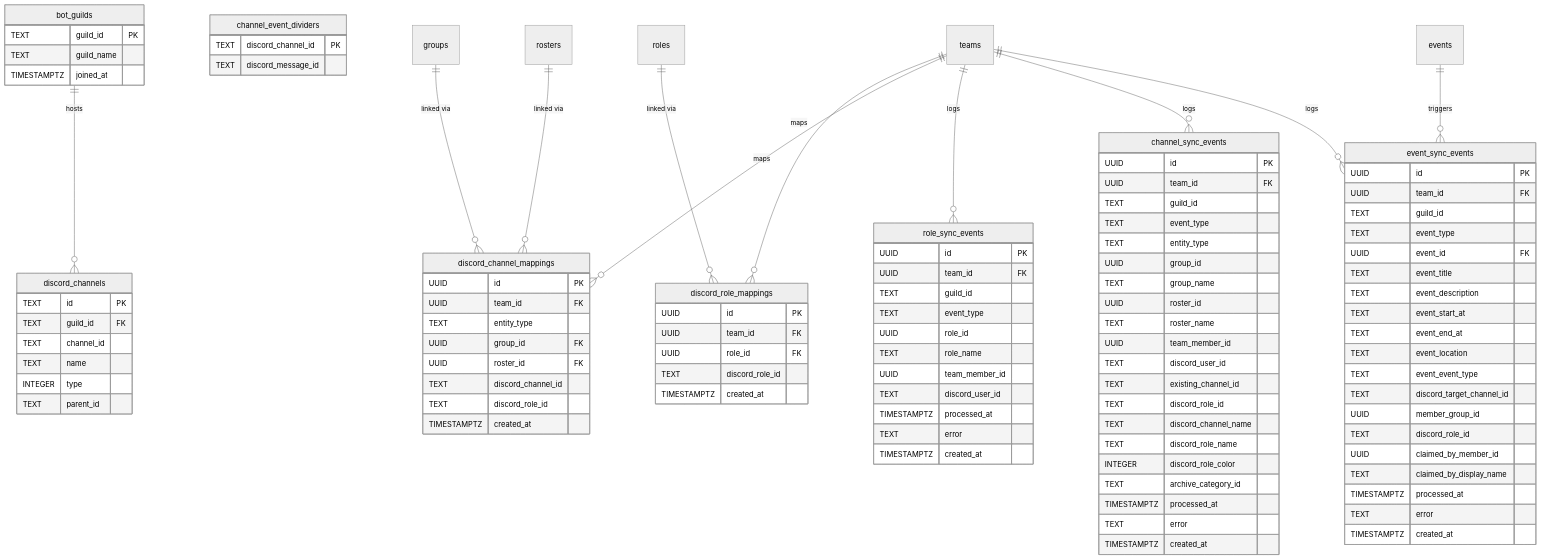
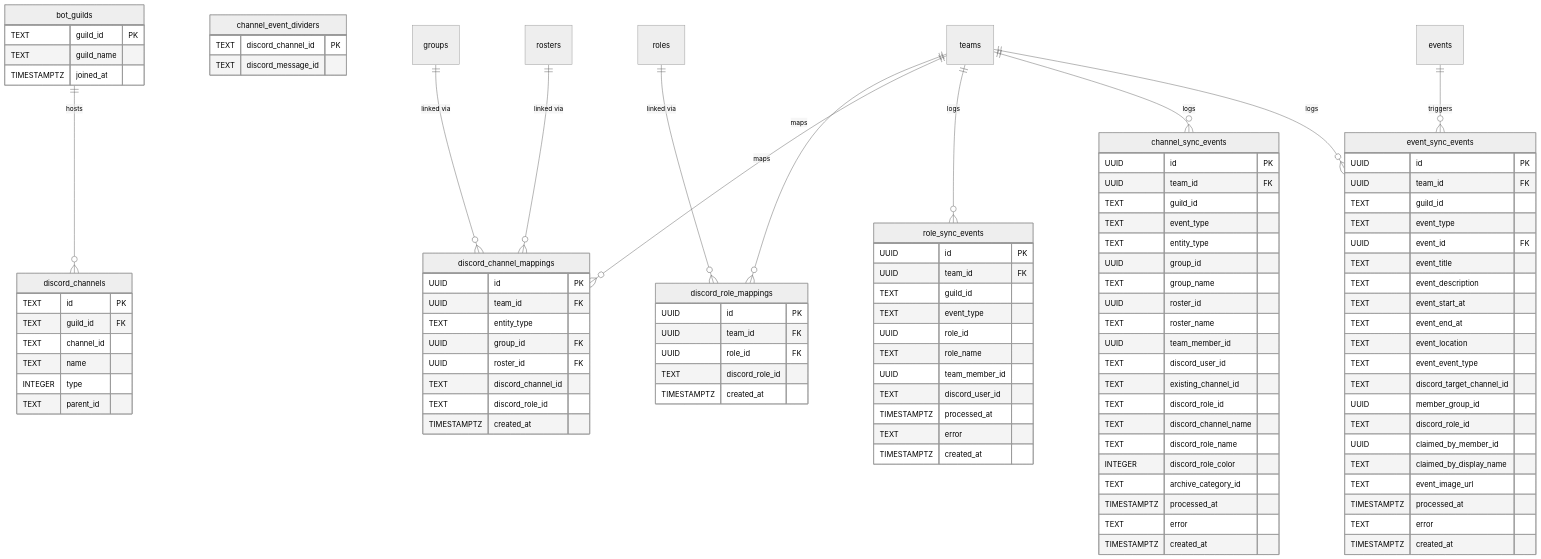
One commit to maxa-ondrej/sideline changed the eighth of 12 diagrams in docs/thesis/er-diagram.md. Above: the diagram before and after it, drawn with Mermaid (neutral theme). The commit also changed other lines of this file and 40 other files, not shown here.

First line of the commit message:
feat: allow attaching a cover image URL to events (#238)

```diff
--- a/docs/thesis/er-diagram.md
+++ b/docs/thesis/er-diagram.md
@@ -511,6 +512,7 @@
         TEXT discord_role_id
         UUID claimed_by_member_id
         TEXT claimed_by_display_name
+        TEXT event_image_url
         TIMESTAMPTZ processed_at
         TEXT error
         TIMESTAMPTZ created_at
```
